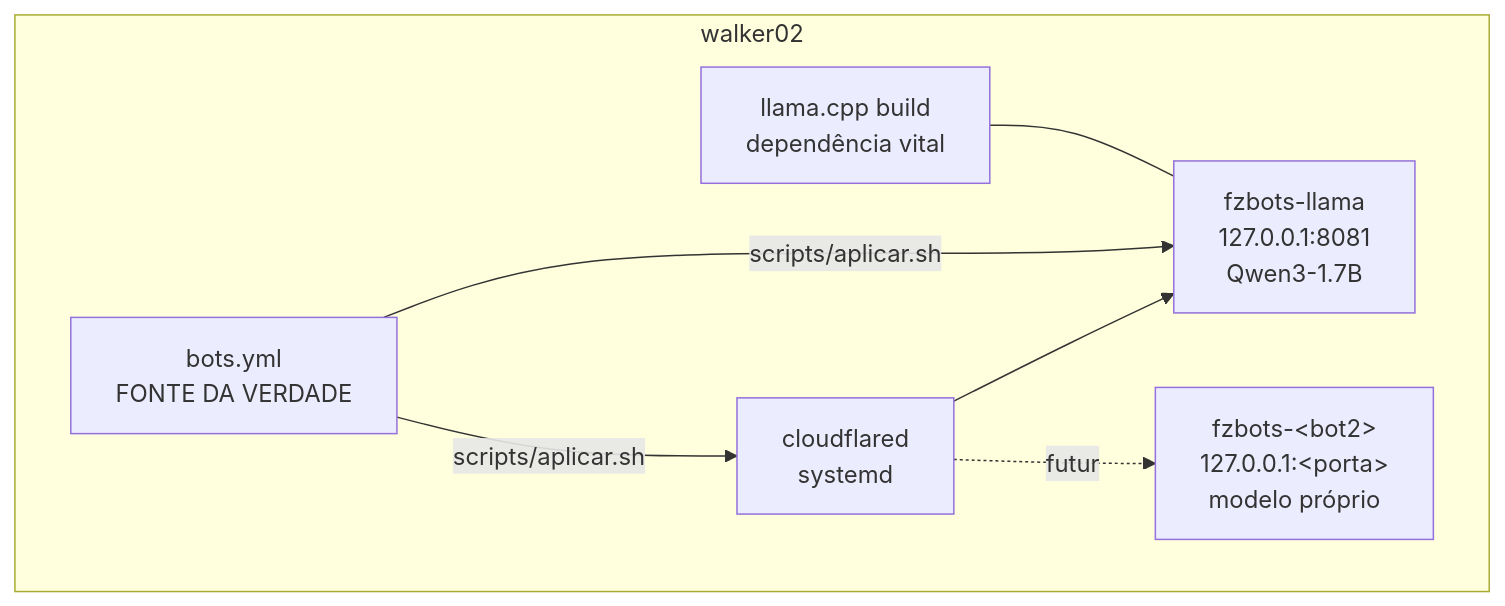
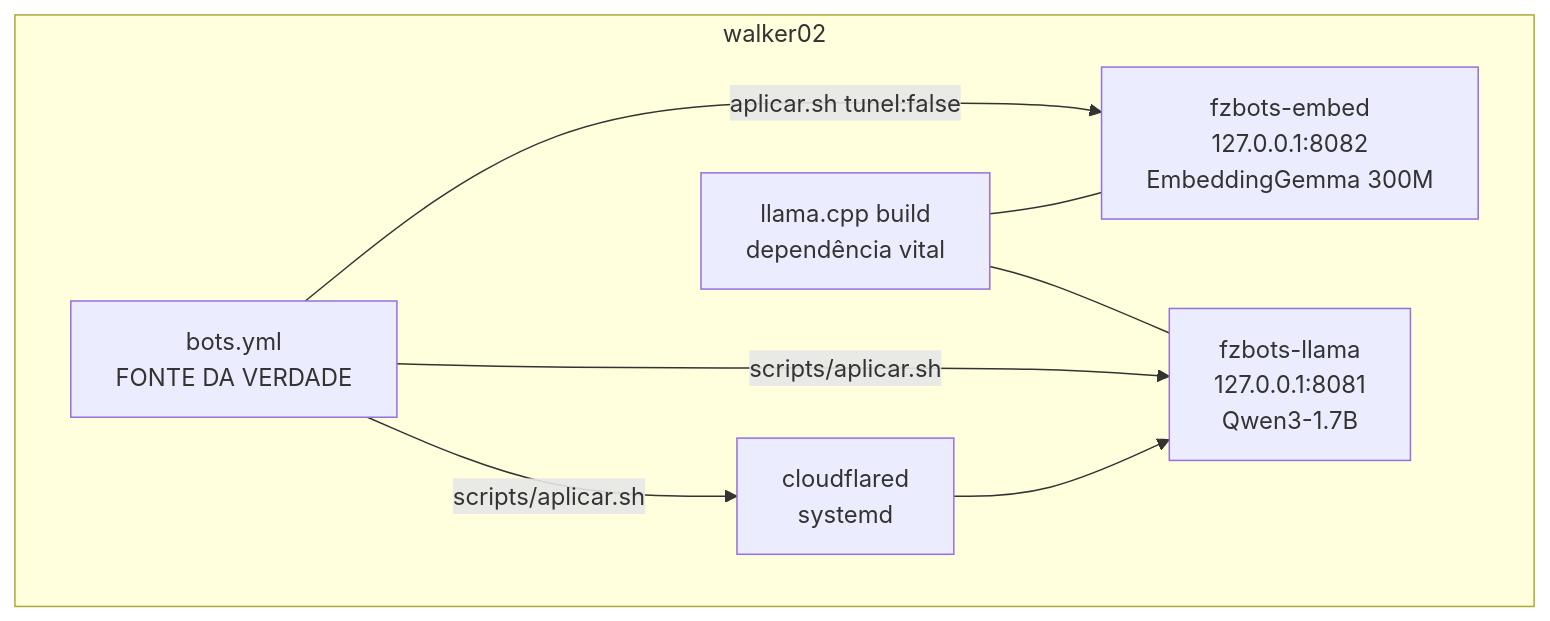
Before and after one commit to RLuf/fzmultibotbackend: the second of 2 diagrams in docs/pt/arquitetura.md, drawn with Mermaid. The commit also changed other lines of this file and 11 other files, not shown here.

First line of the commit message:
Add private embed bot without Cloudflare ingress.

````diff
--- a/docs/pt/arquitetura.md
+++ b/docs/pt/arquitetura.md
@@ -16,10 +16,11 @@
 ```mermaid
 graph TD
     subgraph walker02
         CD[cloudflared<br/>systemd] --> B1[fzbots-llama<br/>127.0.0.1:8081<br/>Qwen3-1.7B]
-        CD -.futuro.-> B2[fzbots-&lt;bot2&gt;<br/>127.0.0.1:&lt;porta&gt;<br/>modelo próprio]
         Y[bots.yml<br/>FONTE DA VERDADE] -->|scripts/aplicar.sh| CD
         Y -->|scripts/aplicar.sh| B1
+        Y -->|aplicar.sh tunel:false| B3[fzbots-embed<br/>127.0.0.1:8082<br/>EmbeddingGemma 300M]
         L[llama.cpp build<br/>dependência vital] --- B1
+        L --- B3
     end
 ```
````
